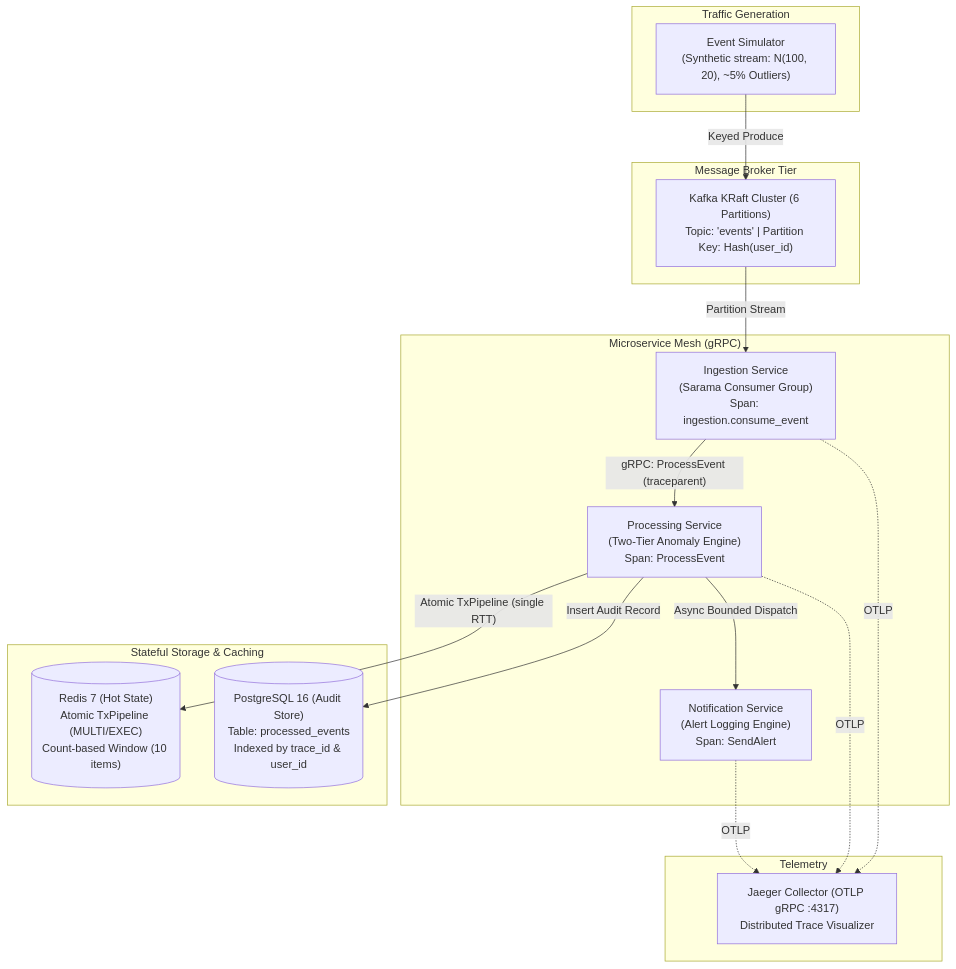
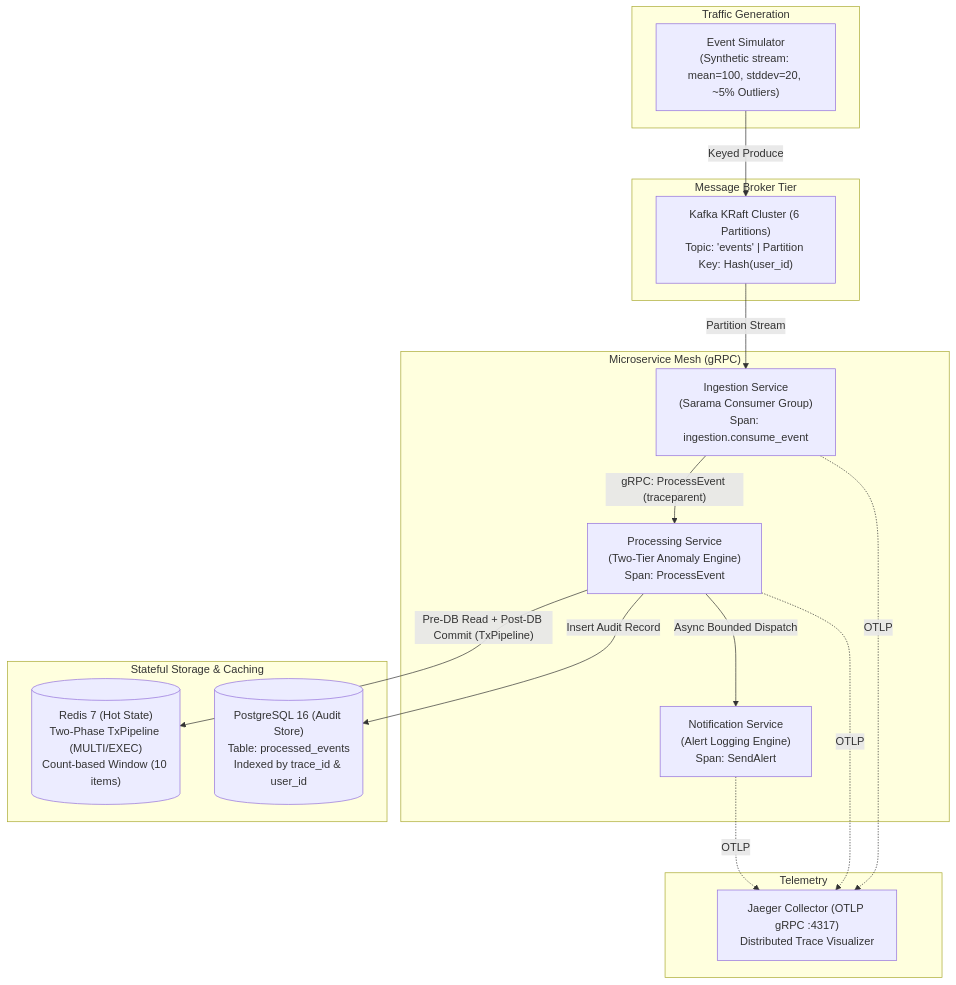
The diagram in README.md (GurutejaReddy-04/surges-entry), drawn with Mermaid before and after one commit. The commit also changed other lines of this file and 8 other files, not shown here.

Commit message:
docs: synchronize architecture, performance, reliability, and security guides

````diff
--- a/README.md
+++ b/README.md
@@ -19,36 +19,36 @@
 ```mermaid
 flowchart TD
     subgraph Host ["Traffic Generation"]
-        SIM["Event Simulator<br/>(Synthetic stream: N(100, 20), ~5% Outliers)"]
+        SIM["Event Simulator<br/>(Synthetic stream: mean=100, stddev=20, ~5% Outliers)"]
     end
 
     subgraph KafkaCluster ["Message Broker Tier"]
         KAFKA["Kafka KRaft Cluster (6 Partitions)<br/>Topic: 'events' | Partition Key: Hash(user_id)"]
     end
 
     subgraph Microservices ["Microservice Mesh (gRPC)"]
         ING["Ingestion Service<br/>(Sarama Consumer Group)<br/>Span: ingestion.consume_event"]
         PROC["Processing Service<br/>(Two-Tier Anomaly Engine)<br/>Span: ProcessEvent"]
         NOTIF["Notification Service<br/>(Alert Logging Engine)<br/>Span: SendAlert"]
     end
 
     subgraph StateTier ["Stateful Storage & Caching"]
-        REDIS[("Redis 7 (Hot State)<br/>Atomic TxPipeline (MULTI/EXEC)<br/>Count-based Window (10 items)")]
+        REDIS[("Redis 7 (Hot State)<br/>Two-Phase TxPipeline (MULTI/EXEC)<br/>Count-based Window (10 items)")]
         POSTGRES[("PostgreSQL 16 (Audit Store)<br/>Table: processed_events<br/>Indexed by trace_id & user_id")]
     end
 
     subgraph Observability ["Telemetry"]
         JAEGER["Jaeger Collector (OTLP gRPC :4317)<br/>Distributed Trace Visualizer"]
     end
 
     SIM -->|"Keyed Produce"| KAFKA
     KAFKA -->|"Partition Stream"| ING
     ING -->|"gRPC: ProcessEvent (traceparent)"| PROC
-    PROC -->|"Atomic TxPipeline (single RTT)"| REDIS
+    PROC -->|"Pre-DB Read + Post-DB Commit (TxPipeline)"| REDIS
     PROC -->|"Insert Audit Record"| POSTGRES
     PROC -->|"Async Bounded Dispatch"| NOTIF
 
     ING -.->|"OTLP"| JAEGER
     PROC -.->|"OTLP"| JAEGER
     NOTIF -.->|"OTLP"| JAEGER
 ```
````
